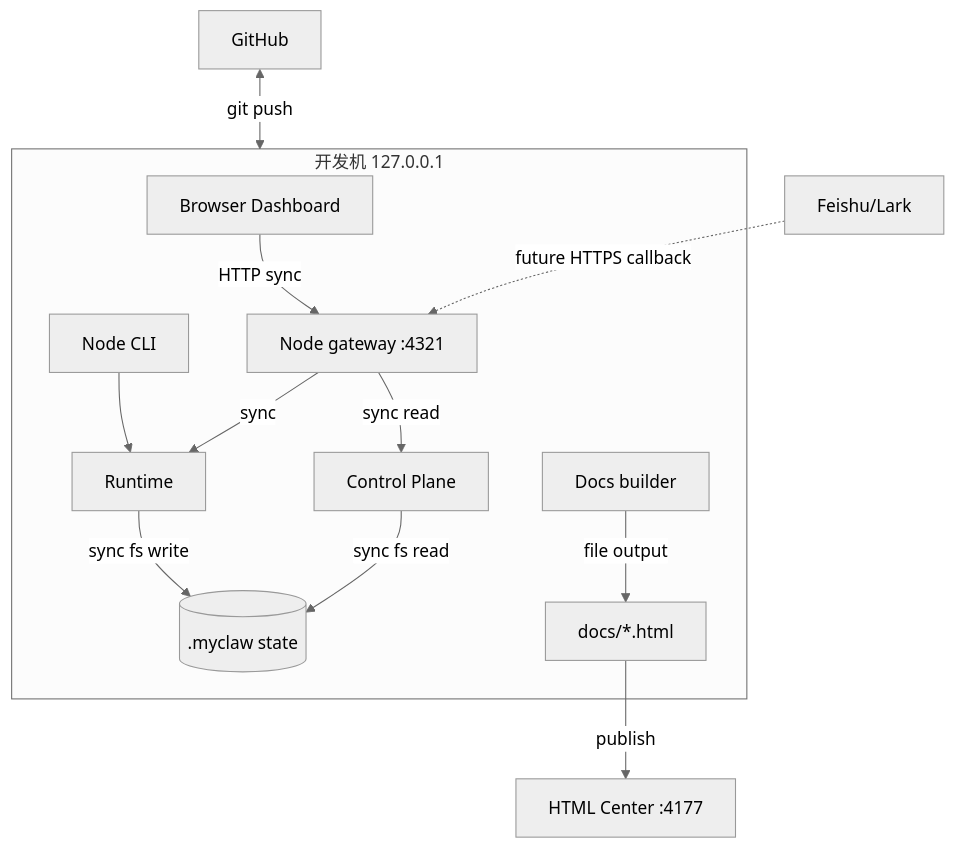
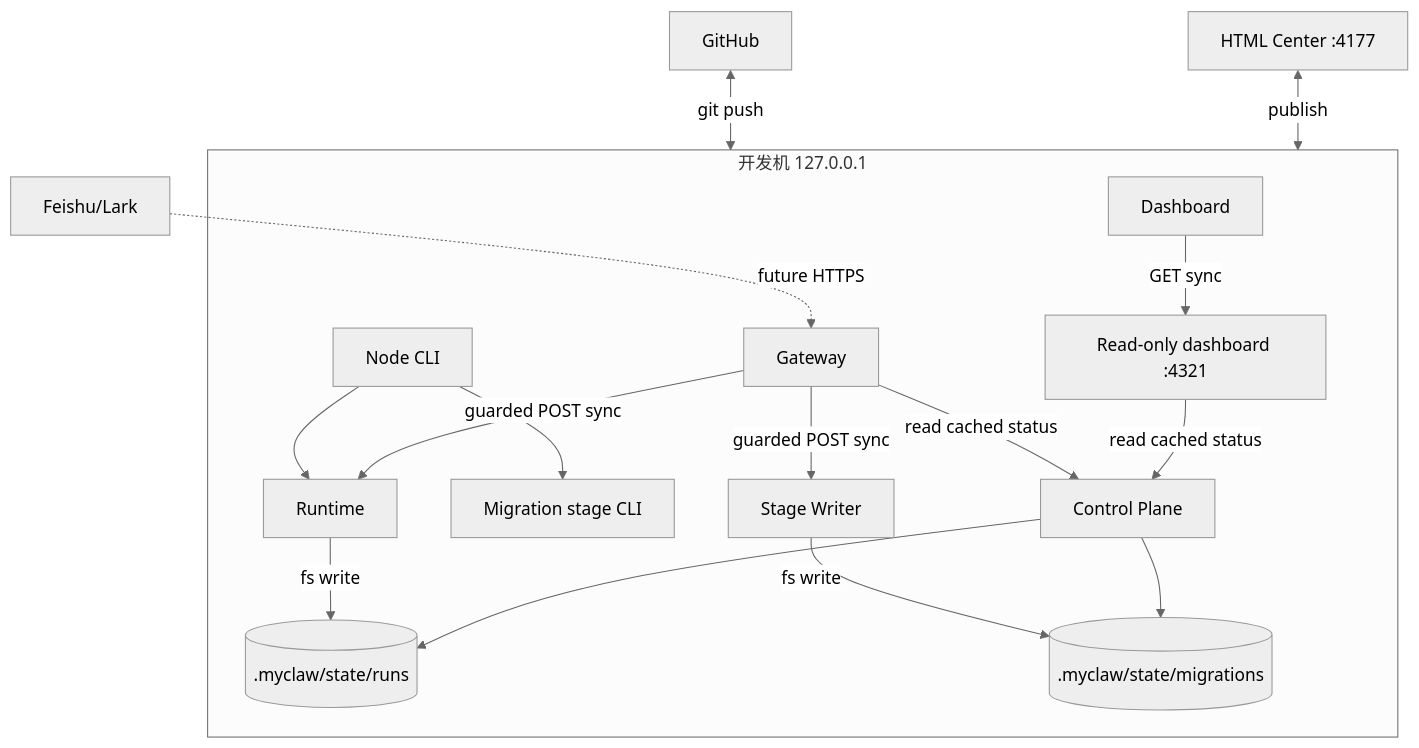
Before and after one commit to mayf3/myclaw: the eighth of 9 diagrams in docs/implementation-architecture.md, drawn with Mermaid (neutral theme). The commit also changed other lines of this file and 18 other files, not shown here.

Commit message:
feat: guard gateway mutations and stage openclaw migration

````diff
--- a/docs/implementation-architecture.md
+++ b/docs/implementation-architecture.md
@@ -256,15 +286,19 @@
 ```mermaid
 flowchart TB
   subgraph Localhost[开发机 127.0.0.1]
-    Browser[Browser Dashboard] -->|HTTP sync| Gateway[Node gateway :4321]
+    Browser[Dashboard] -->|GET sync| DashboardServer[Read-only dashboard :4321]
     CLI[Node CLI] --> Runtime[Runtime]
-    Gateway -->|sync| Runtime
-    Gateway -->|sync read| Control[Control Plane]
-    Runtime -->|sync fs write| State[(.myclaw state)]
-    Control -->|sync fs read| State
-    Docs[Docs builder] -->|file output| HtmlFiles[docs/*.html]
+    CLI --> StageCLI[Migration stage CLI]
+    Gateway -->|guarded POST sync| Runtime
+    Gateway -->|guarded POST sync| StageWriter[Stage Writer]
+    Runtime -->|fs write| State[(.myclaw/state/runs)]
+    StageWriter -->|fs write| StageState[(.myclaw/state/migrations)]
+    Gateway -->|read cached status| Control[Control Plane]
+    DashboardServer -->|read cached status| Control
+    Control --> State
+    Control --> StageState
   end
-  Feishu[Feishu/Lark] -.future HTTPS callback.-> Gateway
+  Feishu[Feishu/Lark] -.future HTTPS.-> Gateway
   GitHub[GitHub] <-->|git push| Localhost
-  HtmlFiles -->|publish| HtmlCenter[HTML Center :4177]
+  HtmlCenter[HTML Center :4177] <-->|publish| Localhost
 ```
````
